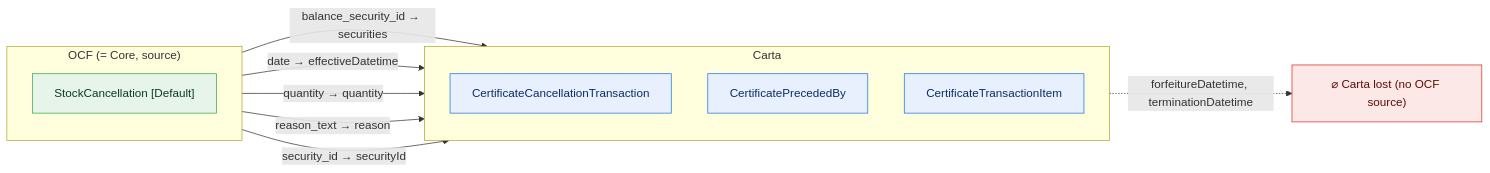
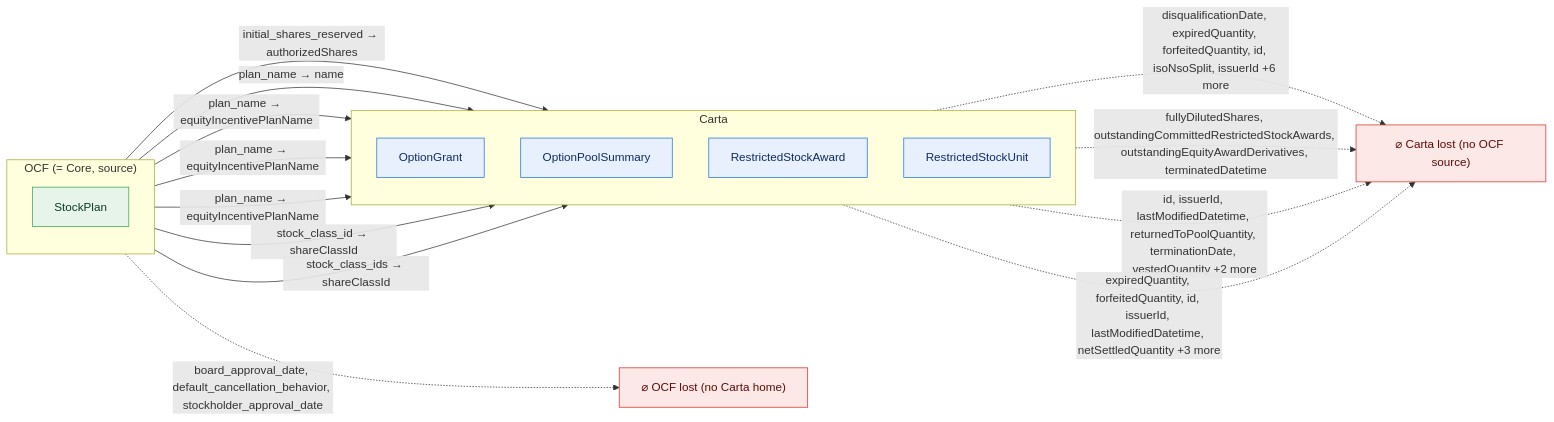
One commit to Open-Cap-Table-Coalition/OCF-Composed-Schemas changed diagram 19 of 50 in docs/core-bidirectional-flow.md. Above: the diagram before and after it, drawn with Mermaid. The commit also changed other lines of this file and 33 other files, not shown here.

````diff
--- a/docs/core-bidirectional-flow.md
+++ b/docs/core-bidirectional-flow.md
@@ -664,24 +822,32 @@
 ```mermaid
 flowchart LR
   classDef adm fill:#e6f4ea,stroke:#34a853,color:#0b3d20;
   classDef notadm fill:#f1f3f4,stroke:#9aa0a6,color:#5f6368,stroke-dasharray:4 3;
   classDef carta fill:#e8f0fe,stroke:#1a73e8,color:#0d2b66;
   classDef lost fill:#fce8e6,stroke:#d93025,color:#5c0d06;
   subgraph SRC["OCF (= Core, source)"]
     direction TB
-    o0["StockCancellation [Default]"]:::adm
+    o0["StockPlan"]:::adm
   end
   subgraph TGT["Carta"]
     direction TB
-    t0["CertificateCancellationTransaction"]:::carta
-    t1["CertificatePrecededBy"]:::carta
-    t2["CertificateTransactionItem"]:::carta
+    t0["OptionGrant"]:::carta
+    t1["OptionPoolSummary"]:::carta
+    t2["RestrictedStockAward"]:::carta
+    t3["RestrictedStockUnit"]:::carta
   end
+  ocflost["⌀ OCF lost (no Carta home)"]:::lost
   cartalost["⌀ Carta lost (no OCF source)"]:::lost
-  o0 -->|"balance_security_id → securities"| t1
-  o0 -->|"date → effectiveDatetime"| t0
-  o0 -->|"quantity → quantity"| t0
-  o0 -->|"reason_text → reason"| t0
-  o0 -->|"security_id → securityId"| t2
-  t0 -.->|"forfeitureDatetime, terminationDatetime"| cartalost
+  o0 -->|"initial_shares_reserved → authorizedShares"| t1
+  o0 -->|"plan_name → name"| t1
+  o0 -->|"plan_name → equityIncentivePlanName"| t0
+  o0 -->|"plan_name → equityIncentivePlanName"| t2
+  o0 -->|"plan_name → equityIncentivePlanName"| t3
+  o0 -->|"stock_class_id → shareClassId"| t1
+  o0 -->|"stock_class_ids → shareClassId"| t1
+  o0 -.->|"board_approval_date, default_cancellation_behavior, stockholder_approval_date"| ocflost
+  t0 -.->|"disqualificationDate, expiredQuantity, forfeitedQuantity, id, isoNsoSplit, issuerId +6 more"| cartalost
+  t1 -.->|"fullyDilutedShares, outstandingCommittedRestrictedStockAwards, outstandingEquityAwardDerivatives, terminatedDatetime"| cartalost
+  t2 -.->|"id, issuerId, lastModifiedDatetime, returnedToPoolQuantity, terminationDate, vestedQuantity +2 more"| cartalost
+  t3 -.->|"expiredQuantity, forfeitedQuantity, id, issuerId, lastModifiedDatetime, netSettledQuantity +3 more"| cartalost
 ```
````
